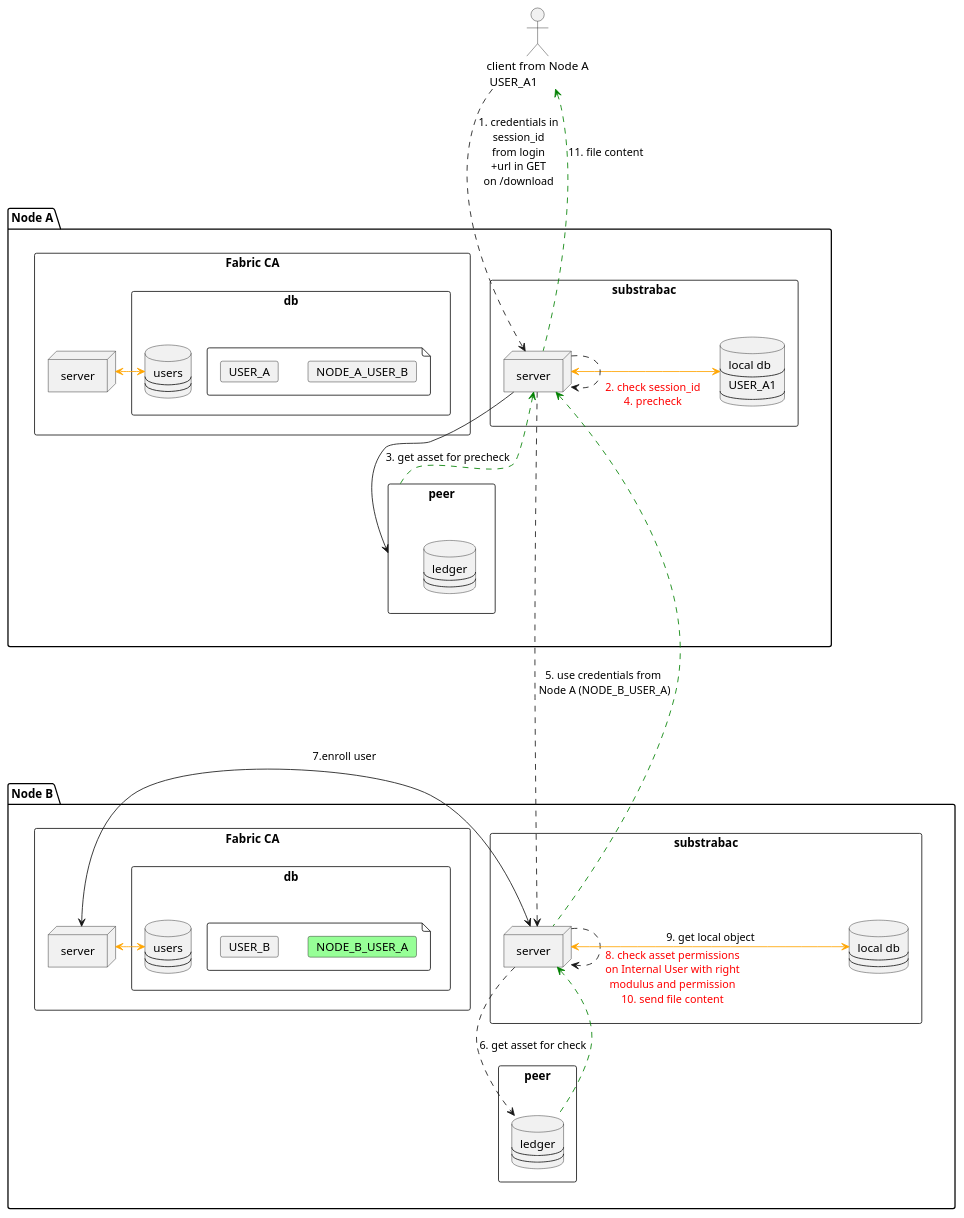
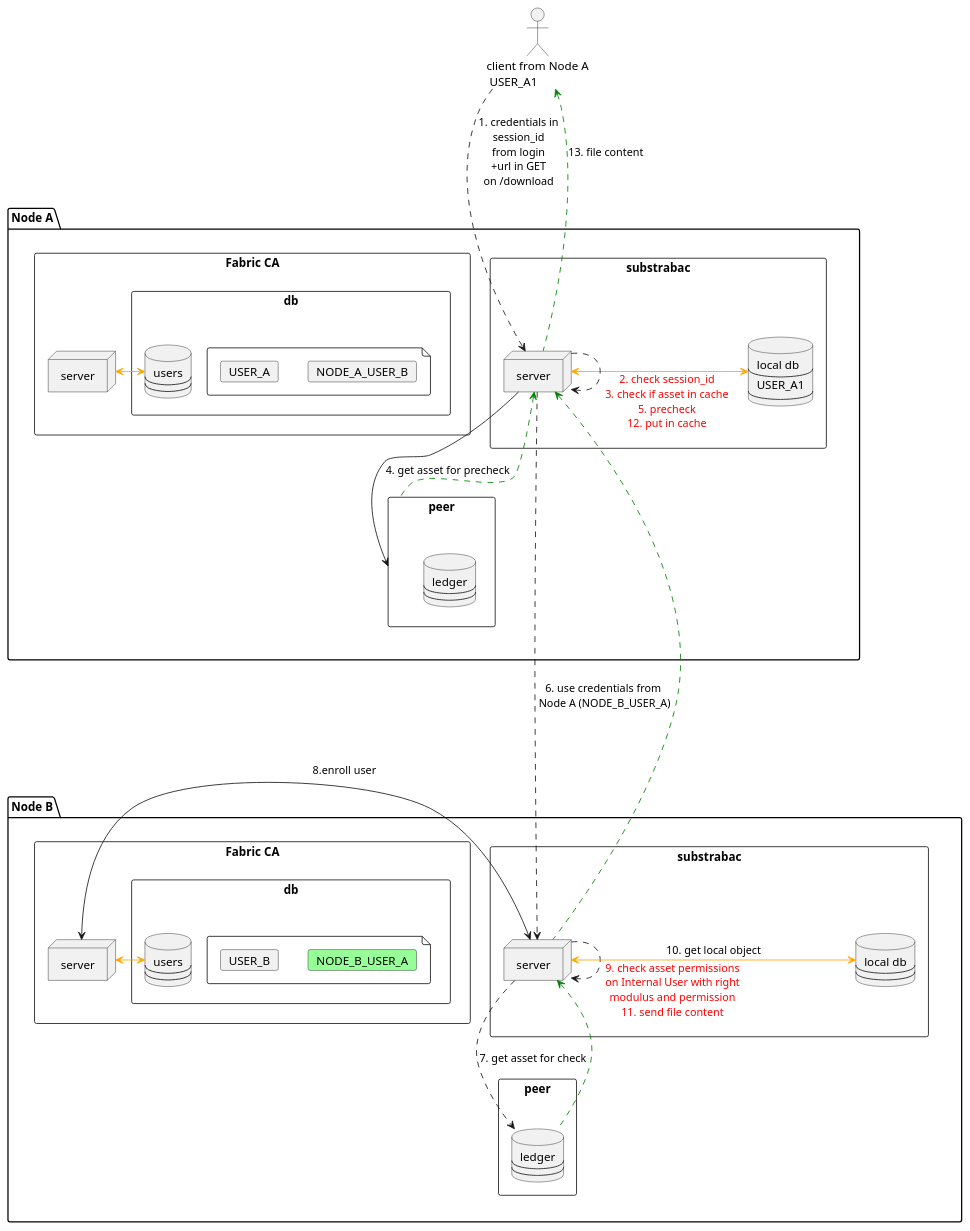
Before and after one commit to Substra/hlf-k8s: the diagram in doc/download with users/download_full_with cache.puml, drawn with PlantUML. The commit also changed 3 other files, not shown here.

```diff
--- a/doc/download with users/download_full_with cache.puml
+++ b/doc/download with users/download_full_with cache.puml
@@ -1,104 +1,104 @@
 @startuml
 
 skinparam shadowing false
 
 
 package "Node A" as nodeA {
    rectangle "peer" as peerA {
     database ledgerA [
       ledger
       ----
       ----
     ]
   }
   rectangle "substrabac" as substrabacA {
     database localdbA [
       local db
       ----
       USER_A1
       ----
     ]
     node server as djangoA
   }
   rectangle "Fabric CA" as fcaA {
     rectangle db as fcadbA {
         database usersA [
             users
             ----
             ----
         ]
         file {
             card USER_A
             card NODE_A_USER_B
         }
     }
     node server as fcaserverA
   }
 }
 
 package "Node B" as nodeB {
    rectangle "peer" as peerB {
     database ledgerB [
       ledger
       ----
       ----
     ]
   }
   rectangle "substrabac" as substrabacB {
     database localdbB [
       local db
       ----
       ----
     ]
     node server as djangoB
   }
   rectangle "Fabric CA" as fcaB {
     rectangle db as fcadbB {
         database usersB [
             users
             ----
             ----
         ]
         file {
             card USER_B
             card NODE_B_USER_A #PHYSICAL
         }
     }
     node server as fcaserverB
   }
 }
 
 actor "client from Node A\n USER_A1" as client
 
 nodeA -[hidden]---> nodeB
 
 USER_B -[hidden]r- NODE_B_USER_A
 USER_A -[hidden]r- NODE_A_USER_B
 
 djangoA <-[#orange]> localdbA
 
 fcaserverB <-[#orange]> usersB
 fcaserverA <-[#orange]> usersA
 
 client .> djangoA: "1. credentials in\nsession_id\nfrom login\n+url in GET\non /download"
 
-djangoA ..> djangoA: \n\n\n<font color="red">2. check session_id</font>\n<font color="red">4. precheck</font>
+djangoA ..> djangoA: \n\n\n\n<font color="red">2. check session_id</font>\n<font color="red">3. check if asset in cache</font>\n<font color="red">5. precheck</font>\n<font color="red">12. put in cache</font>
 
-djangoA -> peerA: 3. get asset for precheck
+djangoA -> peerA: 4. get asset for precheck
 djangoA <.[#green]. peerA
 
-djangoA .> djangoB: 5. use credentials from\n Node A (NODE_B_USER_A)
+djangoA .> djangoB: 6. use credentials from\n Node A (NODE_B_USER_A)
 djangoA <.[#green]. djangoB
 
-djangoB .> ledgerB: 6. get asset for check
+djangoB .> ledgerB: 7. get asset for check
 djangoB <.[#green]. ledgerB
 
-djangoB <-> fcaserverB: 7.enroll user
+djangoB <-> fcaserverB: 8.enroll user
 
-djangoB ..> djangoB: \n\n\n\n<font color="red">8. check asset permissions</font>\n<font color="red">on Internal User with right</font>\n<font color="red">modulus and permission</font>\n<font color="red">10. send file content</font>
+djangoB ..> djangoB: \n\n\n\n<font color="red">9. check asset permissions</font>\n<font color="red">on Internal User with right</font>\n<font color="red">modulus and permission</font>\n<font color="red">11. send file content</font>
 
-djangoB <-[#orange]> localdbB: 9. get local object
+djangoB <-[#orange]> localdbB: 10. get local object
 
-client <.[#green]. djangoA: 11. file content
+client <.[#green]. djangoA: 13. file content
 
 @enduml
```
